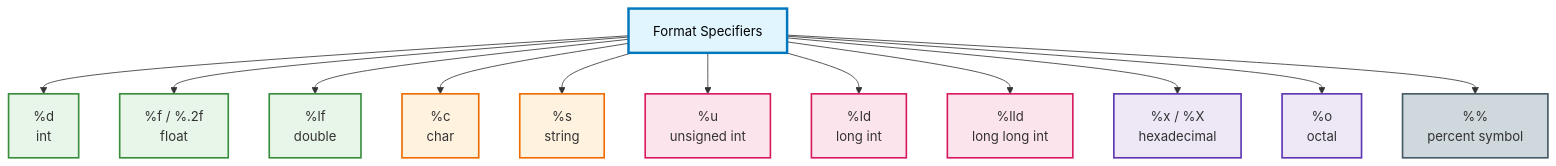
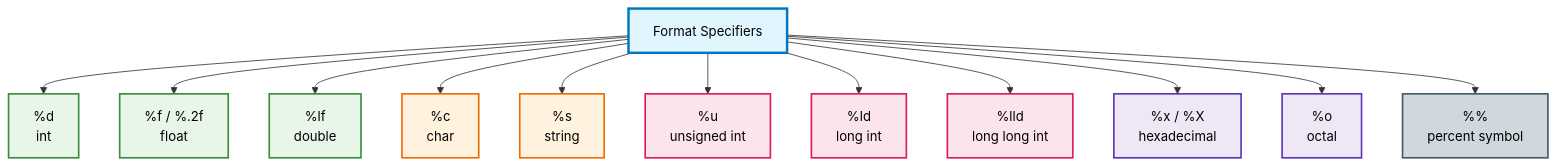
Before and after one commit to siddharthkumarrai/C-Programming_Docs: the diagram in README.md, drawn with Mermaid. The commit also changed other lines of this file, not shown here.

````diff
--- a/README.md
+++ b/README.md
@@ -55,27 +57,27 @@
 ```mermaid
 graph TD
     A["Format Specifiers"] --> B["%d<br/>int"]
     A --> C["%f / %.2f<br/>float"]
     A --> D["%lf<br/>double"]
     A --> E["%c<br/>char"]
     A --> F["%s<br/>string"]
     A --> G["%u<br/>unsigned int"]
     A --> H["%ld<br/>long int"]
     A --> I["%lld<br/>long long int"]
     A --> J["%x / %X<br/>hexadecimal"]
     A --> K["%o<br/>octal"]
     A --> L["%%<br/>percent symbol"]
 
     style A fill:#e1f5fe,stroke:#0277bd,stroke-width:3px,color:#000
-    style B fill:#e8f5e9,stroke:#388e3c,stroke-width:2px
-    style C fill:#e8f5e9,stroke:#388e3c,stroke-width:2px
-    style D fill:#e8f5e9,stroke:#388e3c,stroke-width:2px
-    style E fill:#fff3e0,stroke:#ef6c00,stroke-width:2px
-    style F fill:#fff3e0,stroke:#ef6c00,stroke-width:2px
-    style G fill:#fce4ec,stroke:#d81b60,stroke-width:2px
-    style H fill:#fce4ec,stroke:#d81b60,stroke-width:2px
-    style I fill:#fce4ec,stroke:#d81b60,stroke-width:2px
-    style J fill:#ede7f6,stroke:#5e35b1,stroke-width:2px
-    style K fill:#ede7f6,stroke:#5e35b1,stroke-width:2px
-    style L fill:#cfd8dc,stroke:#455a64,stroke-width:2px
+    style B fill:#e8f5e9,stroke:#388e3c,stroke-width:2px,color:#000
+    style C fill:#e8f5e9,stroke:#388e3c,stroke-width:2px,color:#000
+    style D fill:#e8f5e9,stroke:#388e3c,stroke-width:2px,color:#000
+    style E fill:#fff3e0,stroke:#ef6c00,stroke-width:2px,color:#000
+    style F fill:#fff3e0,stroke:#ef6c00,stroke-width:2px,color:#000
+    style G fill:#fce4ec,stroke:#d81b60,stroke-width:2px,color:#000
+    style H fill:#fce4ec,stroke:#d81b60,stroke-width:2px,color:#000
+    style I fill:#fce4ec,stroke:#d81b60,stroke-width:2px,color:#000
+    style J fill:#ede7f6,stroke:#5e35b1,stroke-width:2px,color:#000
+    style K fill:#ede7f6,stroke:#5e35b1,stroke-width:2px,color:#000
+    style L fill:#cfd8dc,stroke:#455a64,stroke-width:2px,color:#000
 ```
````
